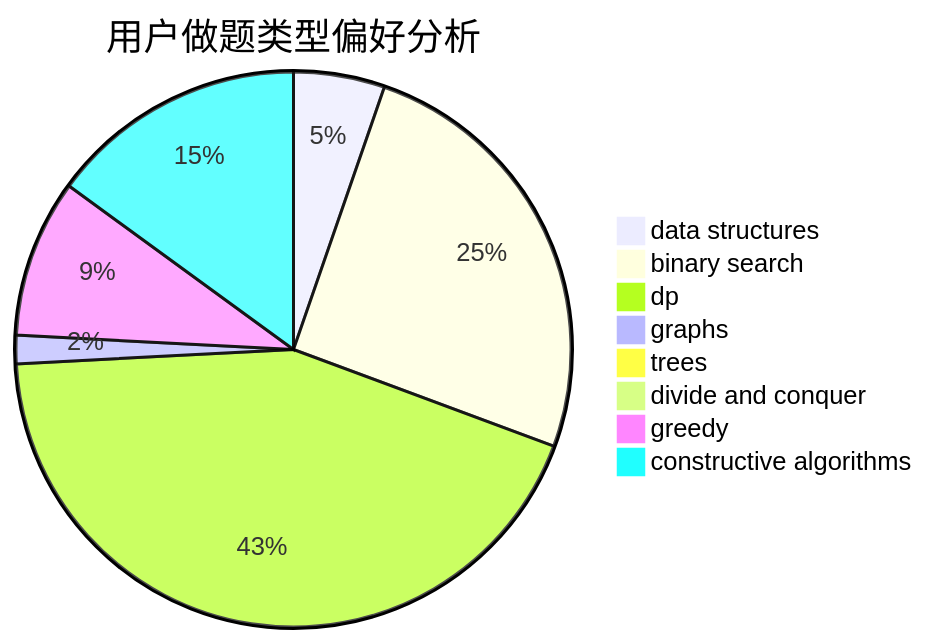
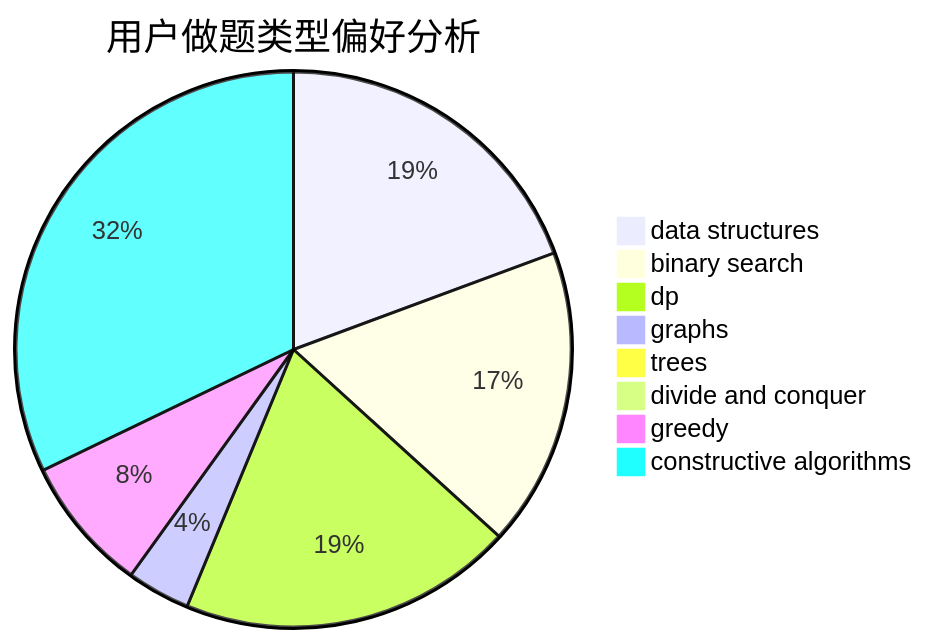
The second of 3 diagrams in docs/user/u2277.md (sherpahu/cfrs.github.io), drawn with Mermaid before and after one commit. The commit also changed other lines of this file and 2770 other files, not shown here.

````diff
--- a/docs/user/u2277.md
+++ b/docs/user/u2277.md
@@ -23,11 +23,11 @@
 ```mermaid
 pie title 用户做题类型偏好分析
-    "data structures" :  45
-    "binary search" :  215
-    "dp" :  369
-    "graphs" :  14
-    "trees" :  5
-    "divide and conquer" :  0
-    "greedy" :  78
-    "constructive algorithms" :  127
+    "data structures" :  257
+    "binary search" :  231
+    "dp" :  259
+    "graphs" :  49
+    "trees" :  6
+    "divide and conquer" :  10
+    "greedy" :  105
+    "constructive algorithms" :  427
 ```
````
